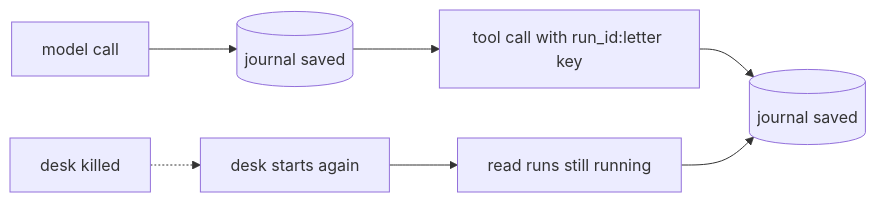
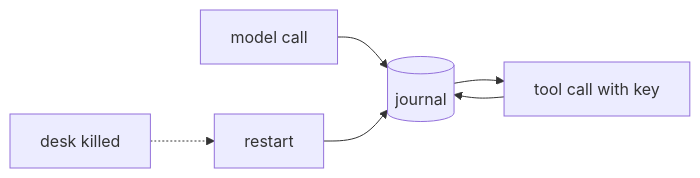
One commit to learnwithparam/agentic-deployment changed the diagram in parts/03-bound-the-runs/03-survive-a-restart/problem/README.md. Above: the diagram before and after it, drawn with Mermaid. The commit also changed other lines of this file and 370 other files, not shown here.

````diff
--- a/parts/03-bound-the-runs/03-survive-a-restart/problem/README.md
+++ b/parts/03-bound-the-runs/03-survive-a-restart/problem/README.md
@@ -31,9 +24,5 @@
 ```mermaid
 flowchart LR
-  M[model call] --> J[(journal saved)]
-  J --> T[tool call with run_id:letter key]
-  T --> J2[(journal saved)]
-  K[desk killed] -.-> R[desk starts again]
-  R --> F[read runs still running]
-  F --> J2
+  M[model call] --> J[(journal)] --> T[tool call with key] --> J
+  K[desk killed] -.-> R[restart] --> J
 ```
````
